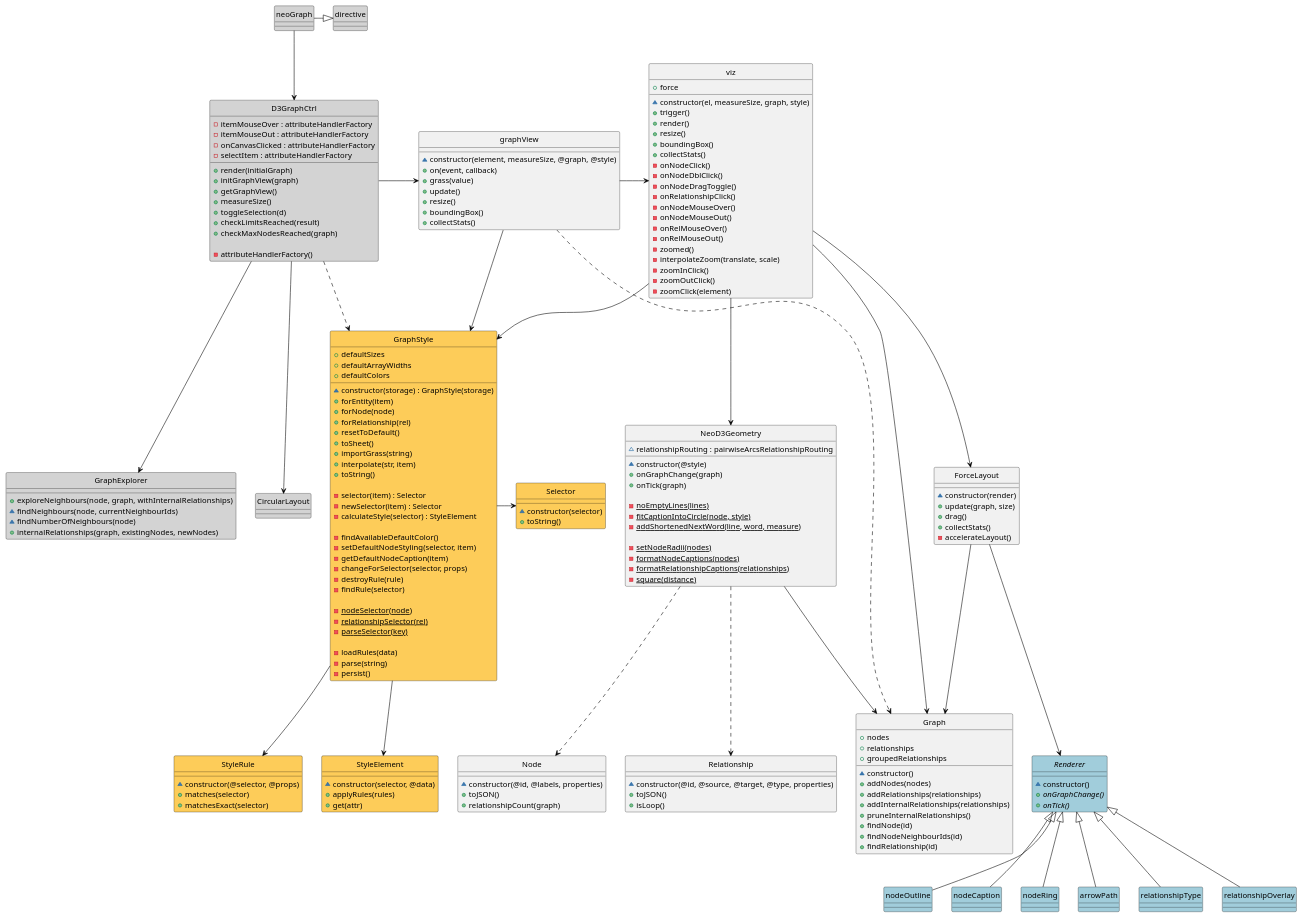
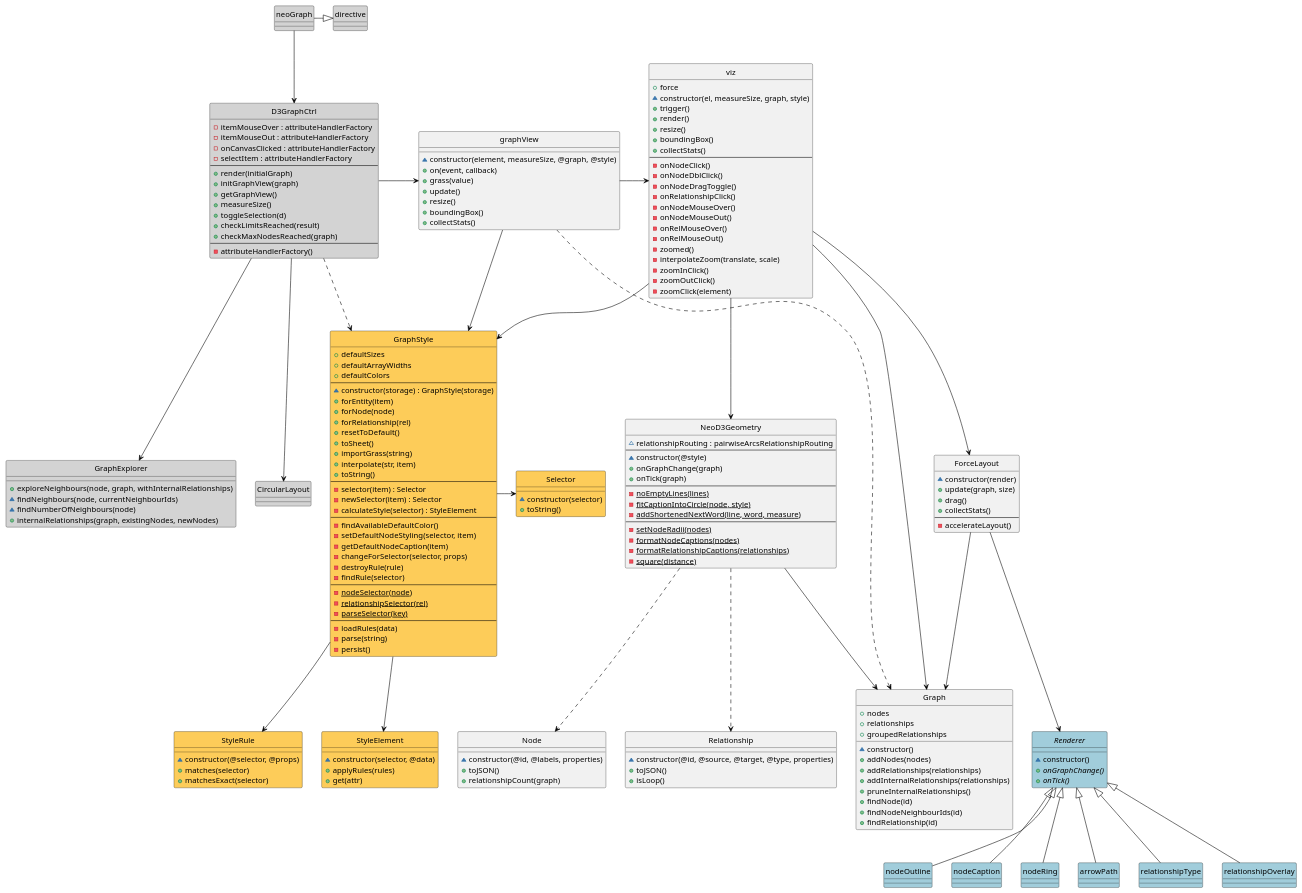
The diagram in doc/neo4j-browser.puml (isleon/neo4j-browser), drawn with PlantUML before and after one commit. The commit also changed 2 other files, not shown here.

```diff
--- a/doc/neo4j-browser.puml
+++ b/doc/neo4j-browser.puml
@@ -13,7 +13,7 @@
     -itemMouseOut : attributeHandlerFactory
     -onCanvasClicked : attributeHandlerFactory
     -selectItem : attributeHandlerFactory
-
+    --
     +render(initialGraph)
     +initGraphView(graph)
     +getGraphView()
@@ -21,7 +21,7 @@
     +toggleSelection(d)
     +checkLimitsReached(result)
     +checkMaxNodesReached(graph)
-
+    --
     -attributeHandlerFactory()
 }
 
@@ -70,6 +70,7 @@
     +resize()
     +boundingBox()
     +collectStats()
+    --
     -onNodeClick()
     -onNodeDblClick()
     -onNodeDragToggle()
@@ -95,24 +96,25 @@
     +update(graph, size)
     +drag()
     +collectStats()
+    --
     -accelerateLayout()
 }
 
 class NeoD3Geometry {
     ~relationshipRouting : pairwiseArcsRelationshipRouting
-
+    --
     ~constructor(@style)
     +onGraphChange(graph)
     +onTick(graph)
-
-    {static} -noEmptyLines(lines)
-    {static} -fitCaptionIntoCircle(node, style)
-    {static} -addShortenedNextWord(line, word, measure)
-
-    {static} -setNodeRadii(nodes)
-    {static} -formatNodeCaptions(nodes)
-    {static} -formatRelationshipCaptions(relationships)
-    {static} -square(distance)
+    --
+    -{static} noEmptyLines(lines)
+    -{static} fitCaptionIntoCircle(node, style)
+    -{static} addShortenedNextWord(line, word, measure)
+    --
+    -{static} setNodeRadii(nodes)
+    -{static} formatNodeCaptions(nodes)
+    -{static} formatRelationshipCaptions(relationships)
+    -{static} square(distance)
 }
 
 NeoD3Geometry --> Graph
@@ -126,7 +128,7 @@
     +defaultSizes
     +defaultArrayWidths
     +defaultColors
-
+    --
     ~constructor(storage) : GraphStyle(storage)
     +forEntity(item)
     +forNode(node)
@@ -136,22 +138,22 @@
     +importGrass(string)
     +interpolate(str, item)
     +toString()
-
+    --
     -selector(item) : Selector
     -newSelector(item) : Selector
     -calculateStyle(selector) : StyleElement
-
+    --
     -findAvailableDefaultColor()
     -setDefaultNodeStyling(selector, item)
     -getDefaultNodeCaption(item)
     -changeForSelector(selector, props)
     -destroyRule(rule)
     -findRule(selector)
-
-    {static} -nodeSelector(node)
-    {static} -relationshipSelector(rel)
-    {static} -parseSelector(key)
-
+    --
+    -{static} nodeSelector(node)
+    -{static} relationshipSelector(rel)
+    -{static} parseSelector(key)
+    --
     -loadRules(data)
     -parse(string)
     -persist()
```
